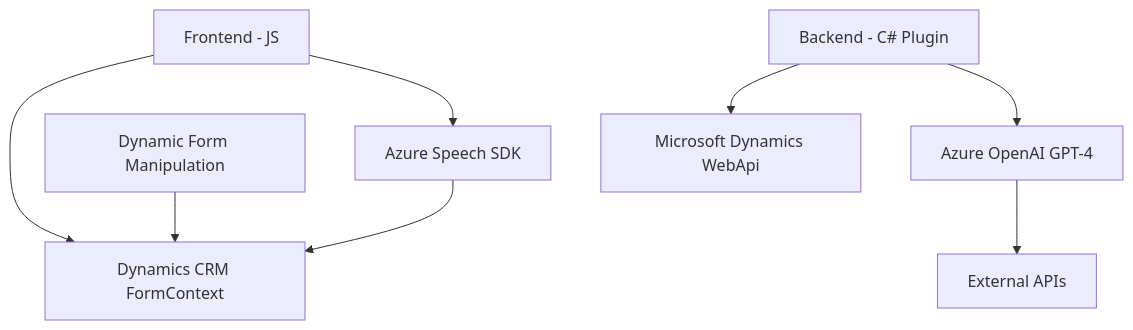
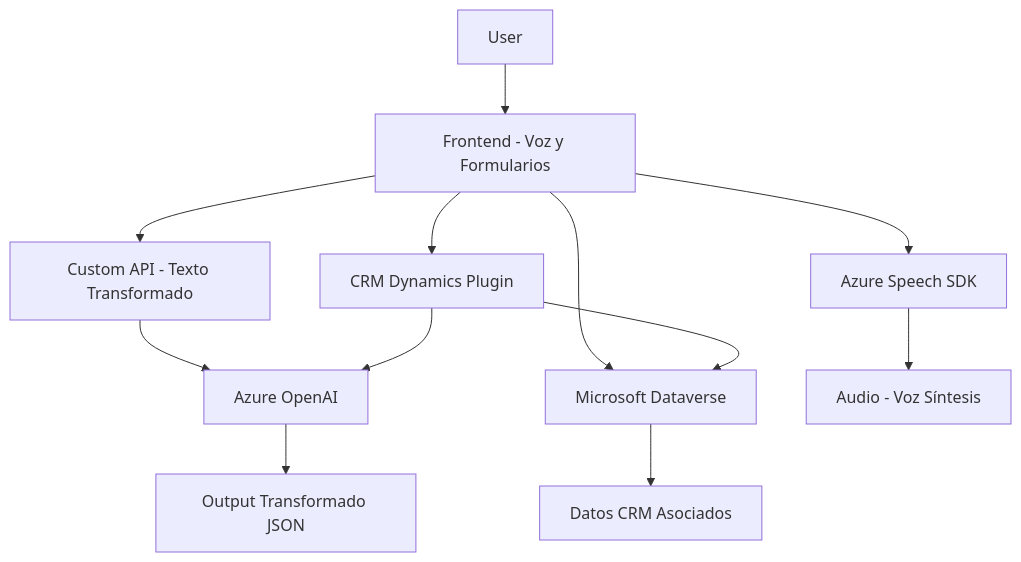
The diagram in README.md (blopezdm/NETCORE_BILBAO2025), drawn with Mermaid before and after one commit. The commit also changed other lines of this file, not shown here.

````diff
--- a/README.md
+++ b/README.md
@@ -66,18 +19,14 @@
 ```mermaid
 graph TD
-    A["Frontend - JS"]
-    B["Backend - C# Plugin"]
-    C["Azure Speech SDK"]
-    D["Azure OpenAI GPT-4"]
-    E["Dynamics CRM FormContext"]
-    F["Dynamic Form Manipulation"]
-    G["Microsoft Dynamics WebApi"]
-    H["External APIs"]
-    A --> C
-    A --> E
-    F --> E
-    B --> G
-    B --> D
-    C --> E
-    D --> H
+    A["User"] --> B["Frontend - Voz y Formularios"]
+    B --> C["Azure Speech SDK"]
+    B --> D["Custom API - Texto Transformado"]
+    D --> E["Azure OpenAI"]
+    B --> F["Microsoft Dataverse"]
+    B --> G["CRM Dynamics Plugin"]
+    G --> E
+    G --> F
+    E --> H["Output Transformado JSON"]
+    F --> I["Datos CRM Asociados"]
+    C --> J["Audio - Voz Síntesis"]
 ```
````
